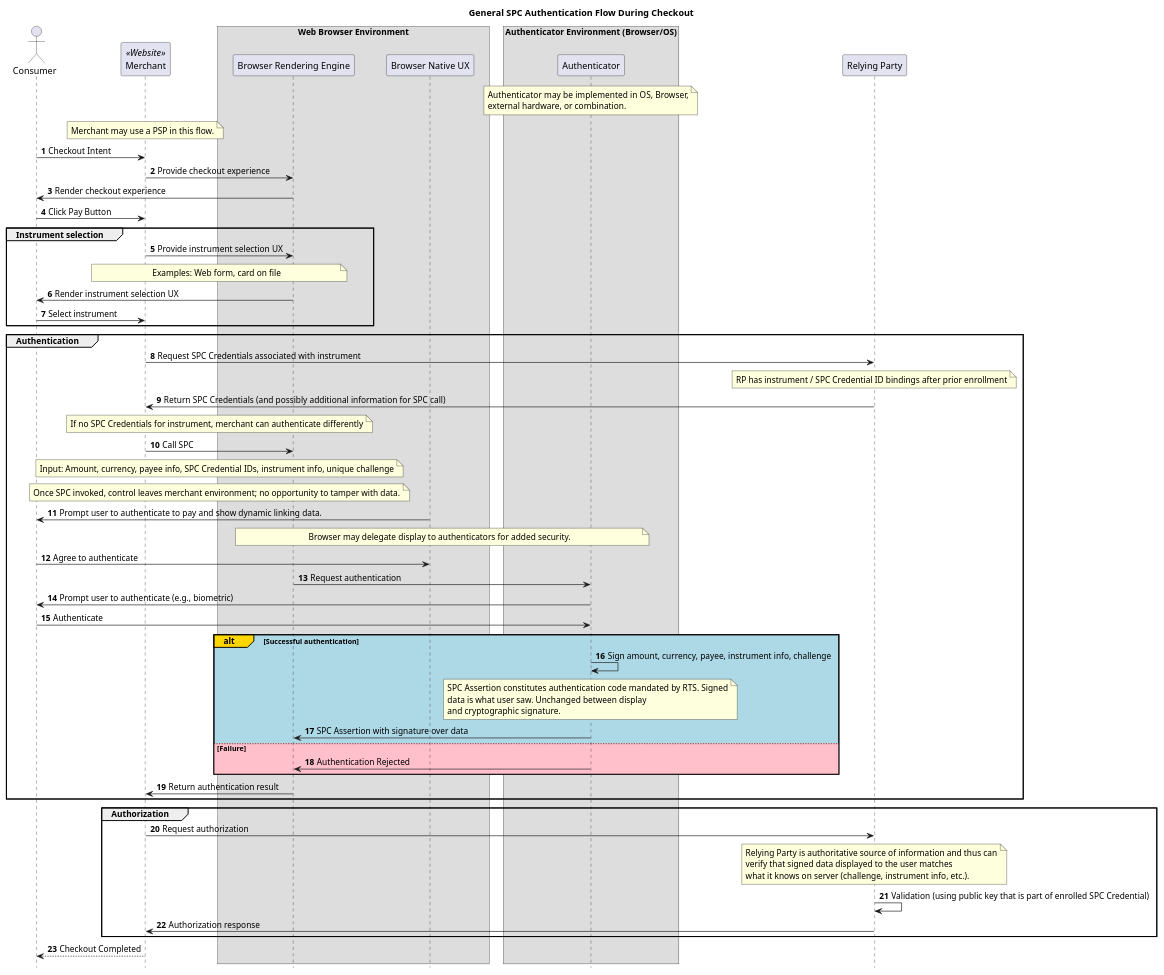
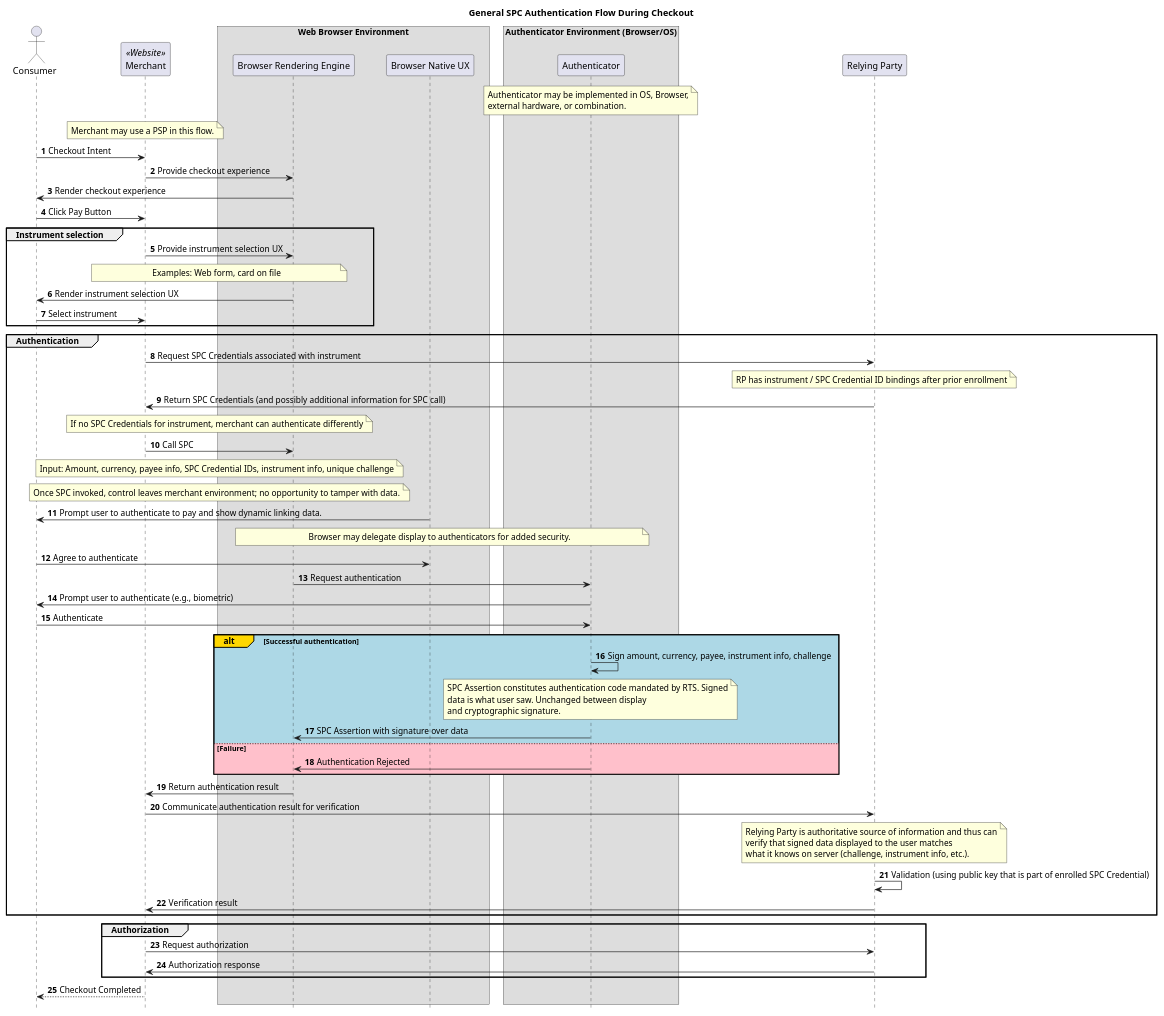
The diagram in spc-general.puml (w3c/wpsig), drawn with PlantUML before and after one commit. The commit also changed 1 other file, not shown here.

Commit message:
diagram fix

```diff
--- a/spc-general.puml
+++ b/spc-general.puml
@@ -1,93 +1,95 @@
 @startuml
 
 autonumber
 hide footbox
 skinparam ParticipantPadding 20
 skinparam BoxPadding 10
 
 title General SPC Authentication Flow During Checkout
 
 actor Consumer as Consumer
 participant Merchant as Merchant <<Website>>
 
 box "Web Browser Environment"
   participant "Browser Rendering Engine" as Browser
   participant "Browser Native UX" as Native
 end box
 
 box "Authenticator Environment (Browser/OS)"
   participant "Authenticator"
 end box
 
 participant "Relying Party" as RP
 
 note over Authenticator
   Authenticator may be implemented in OS, Browser,
   external hardware, or combination.
 end note
 
 note over Merchant
   Merchant may use a PSP in this flow.
 end note
 Consumer->Merchant: Checkout Intent
 Merchant->Browser: Provide checkout experience
 Browser->Consumer: Render checkout experience
 Consumer->Merchant: Click Pay Button
 group Instrument selection
 Merchant->Browser: Provide instrument selection UX
 note over Merchant, Browser
   Examples: Web form, card on file
 end note
 Browser->Consumer: Render instrument selection UX
 Consumer->Merchant: Select instrument
 end group
 group Authentication
 Merchant->RP: Request SPC Credentials associated with instrument
 note over RP
   RP has instrument / SPC Credential ID bindings after prior enrollment
 end note
 RP->Merchant: Return SPC Credentials (and possibly additional information for SPC call)
 note over Merchant, Browser
   If no SPC Credentials for instrument, merchant can authenticate differently
 end note
 Merchant->Browser: Call SPC
 note over Merchant, Browser
   Input: Amount, currency, payee info, SPC Credential IDs, instrument info, unique challenge
 end note
 note over Merchant, Browser
   Once SPC invoked, control leaves merchant environment; no opportunity to tamper with data.
 end note
 Native->Consumer: Prompt user to authenticate to pay and show dynamic linking data.
 note over Browser, Authenticator
   Browser may delegate display to authenticators for added security.
 end note
 Consumer->Native: Agree to authenticate
 Browser->Authenticator: Request authentication
 Authenticator->Consumer: Prompt user to authenticate (e.g., biometric)
 Consumer->Authenticator: Authenticate
 alt#Gold #LightBlue Successful authentication
     Authenticator->Authenticator: Sign amount, currency, payee, instrument info, challenge
     note over Authenticator
        SPC Assertion constitutes authentication code mandated by RTS. Signed
        data is what user saw. Unchanged between display
        and cryptographic signature.
     end note
     Authenticator -> Browser: SPC Assertion with signature over data
 else #Pink Failure
     Authenticator -> Browser: Authentication Rejected
 end
 Browser->Merchant: Return authentication result
-end group
-group Authorization
-Merchant->RP: Request authorization
+Merchant->RP: Communicate authentication result for verification
 note over RP
   Relying Party is authoritative source of information and thus can
   verify that signed data displayed to the user matches
   what it knows on server (challenge, instrument info, etc.).
 end note
 RP->RP: Validation (using public key that is part of enrolled SPC Credential)
+Merchant<-RP: Verification result
+end group
+group Authorization
+Merchant->RP: Request authorization
 RP->Merchant: Authorization response
 end group
 Merchant-->Consumer: Checkout Completed
 
 @enduml
```
